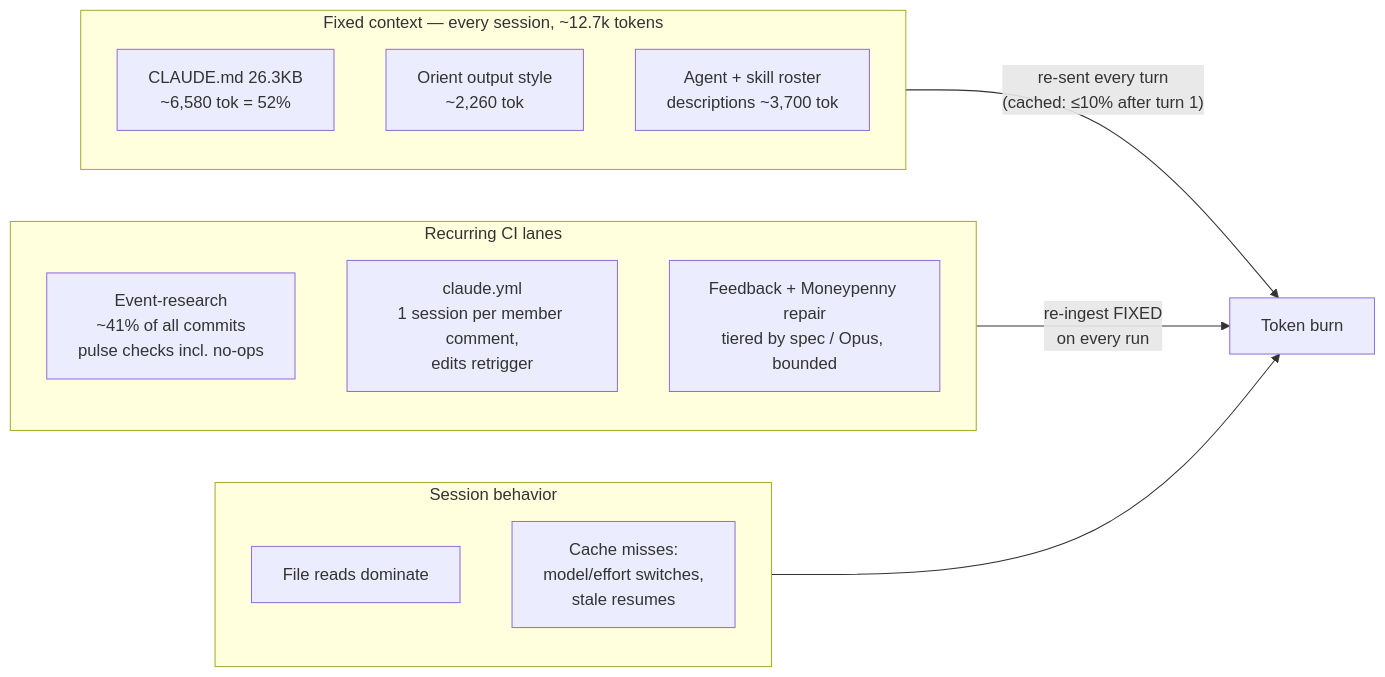
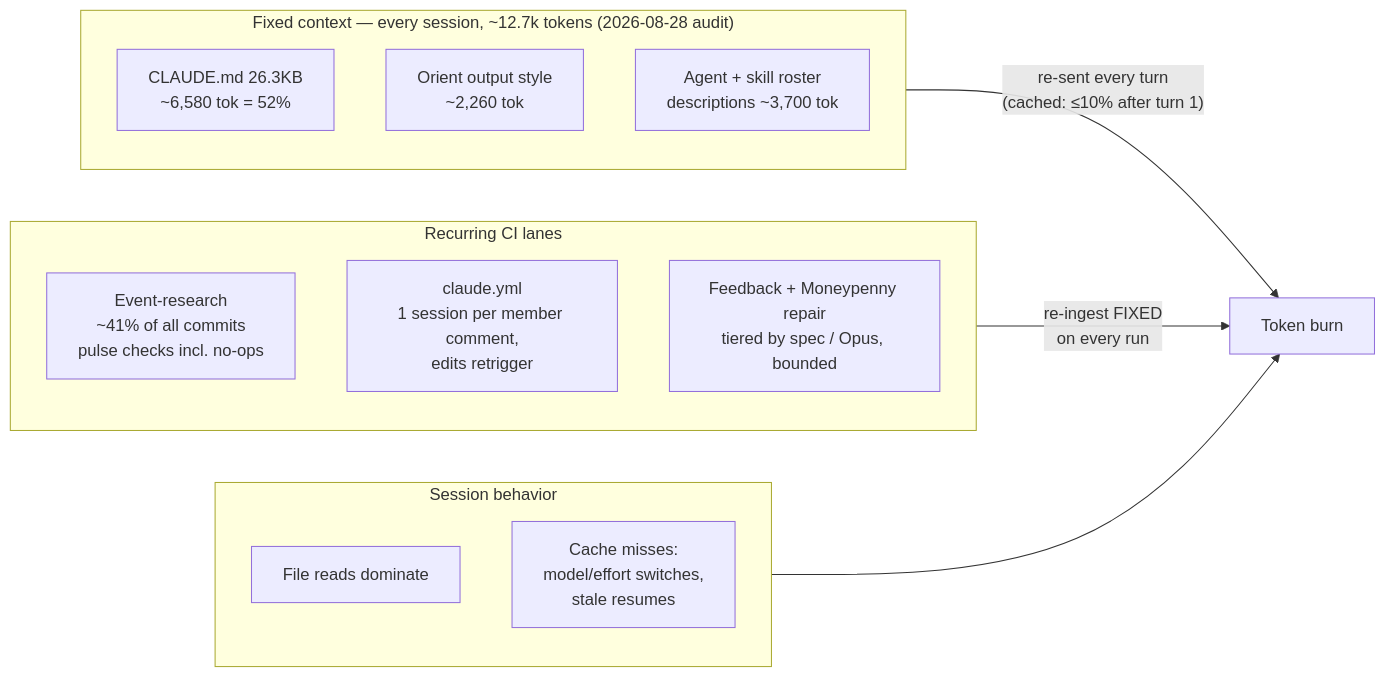
Before and after one commit to ejclark/skynet-capital: the diagram in docs/process/TOKEN-EFFICIENCY.md, drawn with Mermaid. The commit also changed other lines of this file, not shown here.

````diff
--- a/docs/process/TOKEN-EFFICIENCY.md
+++ b/docs/process/TOKEN-EFFICIENCY.md
@@ -34,20 +34,20 @@
 ```mermaid
 flowchart LR
-    subgraph FIXED["Fixed context — every session, ~12.7k tokens"]
+    subgraph FIXED["Fixed context — every session, ~12.7k tokens (2026-08-28 audit)"]
         A["CLAUDE.md 26.3KB<br/>~6,580 tok = 52%"]
         B["Orient output style<br/>~2,260 tok"]
         C["Agent + skill roster<br/>descriptions ~3,700 tok"]
     end
     subgraph LANES["Recurring CI lanes"]
         D["Event-research<br/>~41% of all commits<br/>pulse checks incl. no-ops"]
         E["claude.yml<br/>1 session per member comment,<br/>edits retrigger"]
         F["Feedback + Moneypenny repair<br/>tiered by spec / Opus, bounded"]
     end
     subgraph SESSION["Session behavior"]
         G["File reads dominate"]
         H["Cache misses:<br/>model/effort switches,<br/>stale resumes"]
     end
     FIXED -->|"re-sent every turn<br/>(cached: ≤10% after turn 1)"| COST["Token burn"]
     LANES -->|"re-ingest FIXED<br/>on every run"| COST
     SESSION --> COST
 ```
````
